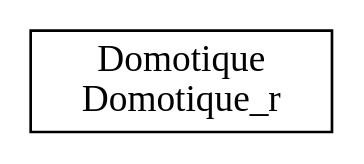
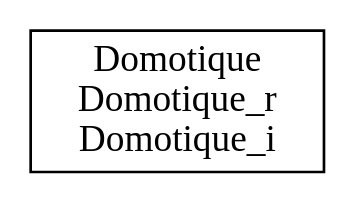
One commit to PierreCaillaudM/distanciel_methodeB changed the diagram in bdp/Exo3_ILF.dot. Above: the diagram before and after it, drawn with Graphviz. The commit also changed 24 other files, not shown here.

```diff
--- a/bdp/Exo3_ILF.dot
+++ b/bdp/Exo3_ILF.dot
@@ -1,4 +1,4 @@
 digraph {
-Domotique_r [ label=" Domotique\nDomotique_r " shape= box ]
+Domotique_i [ label=" Domotique\nDomotique_r\nDomotique_i " shape= box ]
 
 }
```
